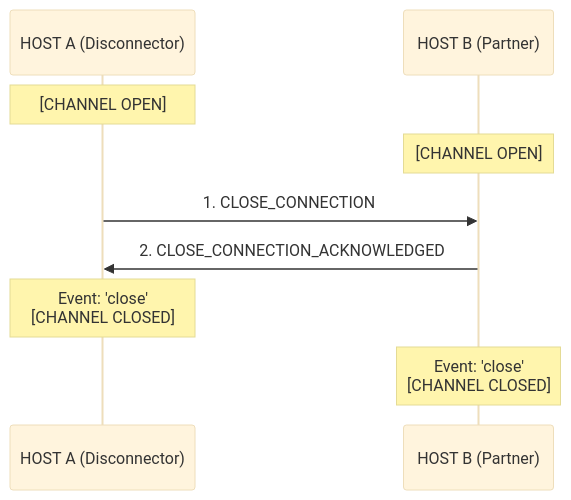
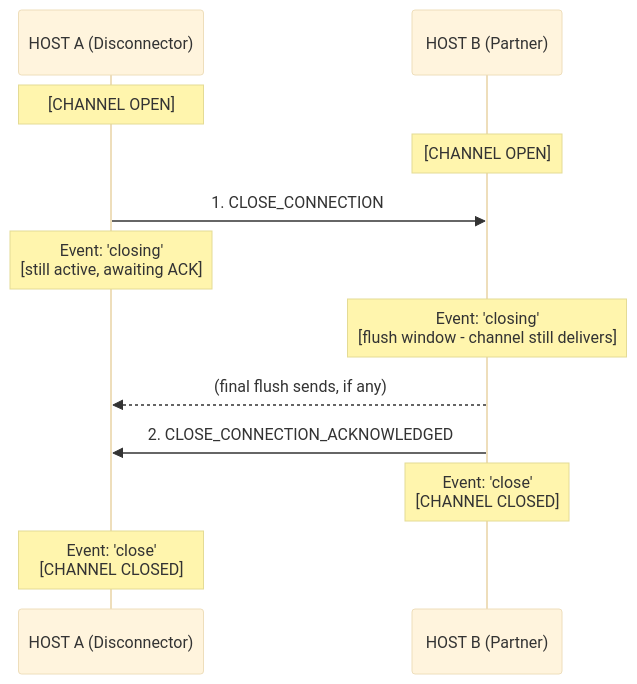
The fifth of 8 diagrams in libs/nexus/ARCHITECTURE.md (AndrewRedican/hyperfrontend), drawn with Mermaid before and after one commit. The commit also changed other lines of this file, not shown here.

Commit message:
docs(lib-nexus): document the closing flush window and ack-bounded close

````diff
--- a/libs/nexus/ARCHITECTURE.md
+++ b/libs/nexus/ARCHITECTURE.md
@@ -324,18 +324,21 @@
 ```mermaid
 ---
 config:
   theme: base
   themeVariables:
     fontSize: 12px
 ---
 sequenceDiagram
     participant HostA as HOST A (Disconnector)
     participant HostB as HOST B (Partner)
 
     Note over HostA: [CHANNEL OPEN]
     Note over HostB: [CHANNEL OPEN]
     HostA->>HostB: 1. CLOSE_CONNECTION
+    Note over HostA: Event: 'closing'<br/>[still active, awaiting ACK]
+    Note over HostB: Event: 'closing'<br/>[flush window - channel still delivers]
+    HostB-->>HostA: (final flush sends, if any)
     HostB->>HostA: 2. CLOSE_CONNECTION_ACKNOWLEDGED
+    Note over HostB: Event: 'close'<br/>[CHANNEL CLOSED]
     Note over HostA: Event: 'close'<br/>[CHANNEL CLOSED]
-    Note over HostB: Event: 'close'<br/>[CHANNEL CLOSED]
 ```
````
